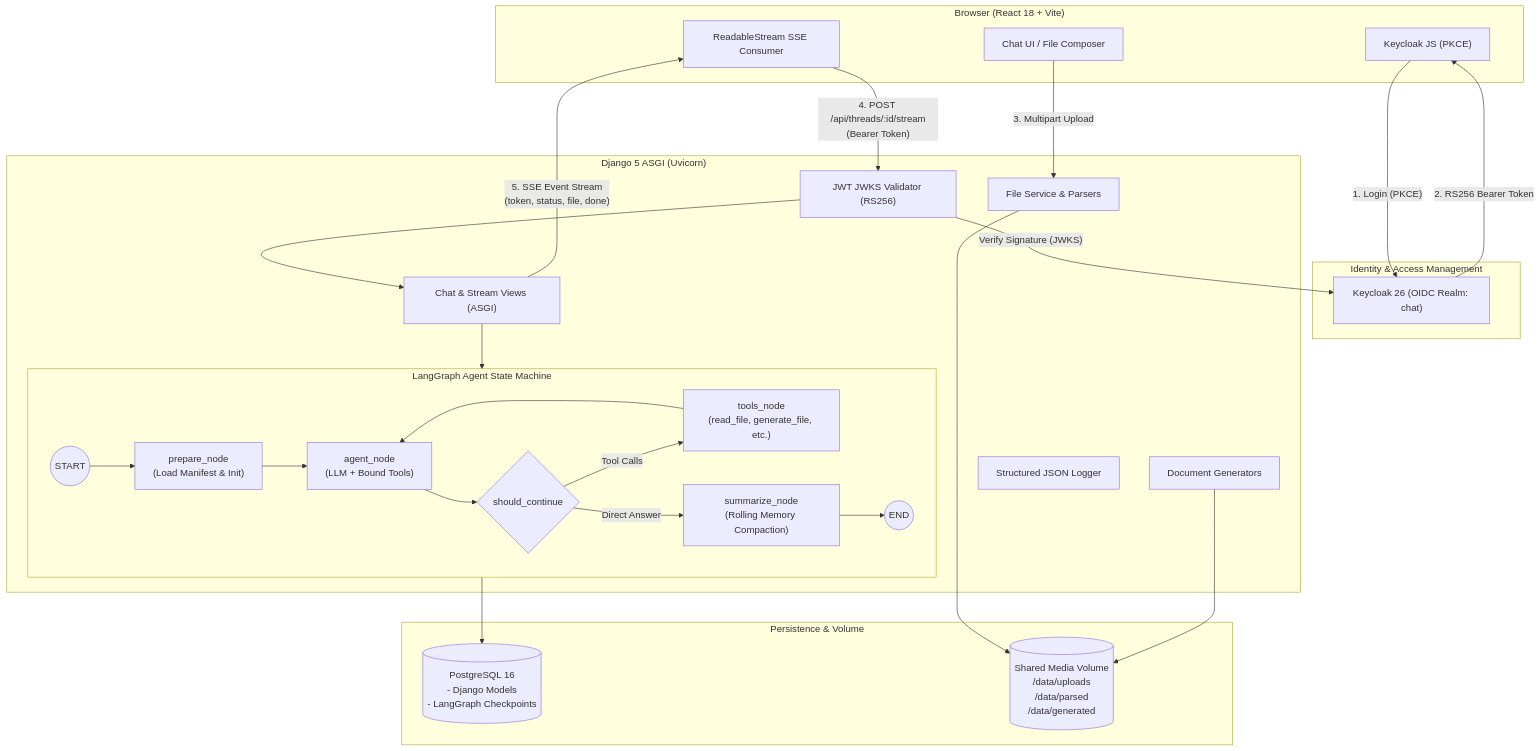
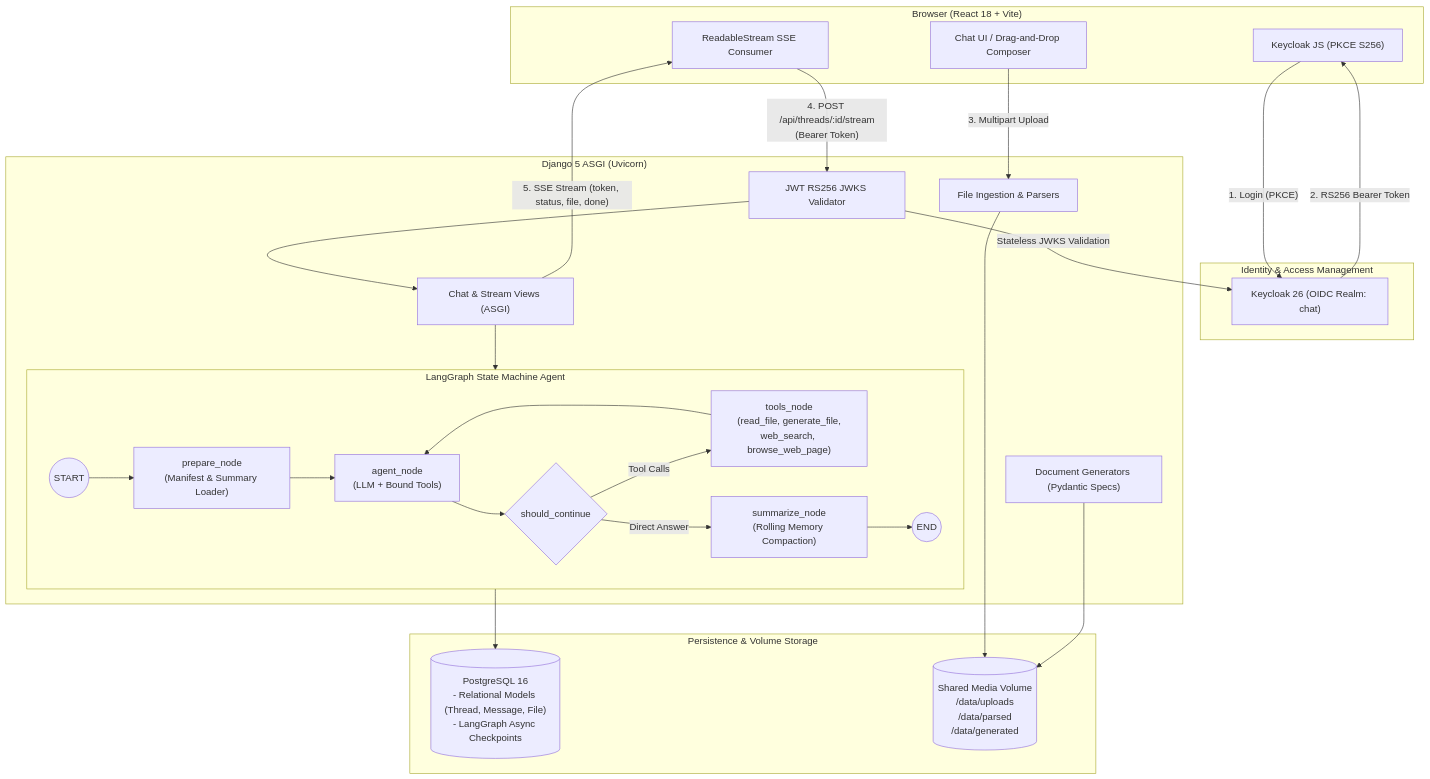
One commit to RoHit4100/Chat-AI changed the diagram in README.md. Above: the diagram before and after it, drawn with Mermaid. The commit also changed other lines of this file and 5 other files, not shown here.

````diff
--- a/README.md
+++ b/README.md
@@ -11,50 +11,49 @@
 ```mermaid
 flowchart TB
     subgraph Client["Browser (React 18 + Vite)"]
-        UI["Chat UI / File Composer"]
-        AuthClient["Keycloak JS (PKCE)"]
+        UI["Chat UI / Drag-and-Drop Composer"]
+        AuthClient["Keycloak JS (PKCE S256)"]
         StreamReader["ReadableStream SSE Consumer"]
     end
 
     subgraph Auth["Identity & Access Management"]
         KC["Keycloak 26 (OIDC Realm: chat)"]
     end
 
     subgraph Backend["Django 5 ASGI (Uvicorn)"]
-        AuthMiddleware["JWT JWKS Validator (RS256)"]
+        AuthMiddleware["JWT RS256 JWKS Validator"]
         ChatViews["Chat & Stream Views (ASGI)"]
-        FileService["File Service & Parsers"]
-        Generators["Document Generators"]
-        Logging["Structured JSON Logger"]
+        FileService["File Ingestion & Parsers"]
+        Generators["Document Generators (Pydantic Specs)"]
         
-        subgraph Agent["LangGraph Agent State Machine"]
-            START((START)) --> prepare["prepare_node\n(Load Manifest & Init)"]
+        subgraph Agent["LangGraph State Machine Agent"]
+            START((START)) --> prepare["prepare_node\n(Manifest & Summary Loader)"]
             prepare --> agent["agent_node\n(LLM + Bound Tools)"]
             agent --> should_continue{"should_continue"}
-            should_continue -- "Tool Calls" --> tools["tools_node\n(read_file, generate_file, etc.)"]
+            should_continue -- "Tool Calls" --> tools["tools_node\n(read_file, generate_file,\nweb_search, browse_web_page)"]
             tools --> agent
             should_continue -- "Direct Answer" --> summarize["summarize_node\n(Rolling Memory Compaction)"]
             summarize --> END((END))
         end
     end
 
-    subgraph Storage["Persistence & Volume"]
-        PG[("PostgreSQL 16\n- Django Models\n- LangGraph Checkpoints")]
+    subgraph Storage["Persistence & Volume Storage"]
+        PG[("PostgreSQL 16\n- Relational Models (Thread, Message, File)\n- LangGraph Async Checkpoints")]
         Volume[("Shared Media Volume\n/data/uploads\n/data/parsed\n/data/generated")]
     end
 
     %% Client flows
     AuthClient -- "1. Login (PKCE)" --> KC
     KC -- "2. RS256 Bearer Token" --> AuthClient
     UI -- "3. Multipart Upload" --> FileService
     StreamReader -- "4. POST /api/threads/:id/stream\n(Bearer Token)" --> AuthMiddleware
 
     %% Backend processing
-    AuthMiddleware -- "Verify Signature (JWKS)" --> KC
+    AuthMiddleware -- "Stateless JWKS Validation" --> KC
     AuthMiddleware --> ChatViews
     ChatViews --> Agent
     FileService --> Volume
     Generators --> Volume
     Agent --> PG
-    ChatViews -- "5. SSE Event Stream\n(token, status, file, done)" --> StreamReader
+    ChatViews -- "5. SSE Stream (token, status, file, done)" --> StreamReader
 ```
````
